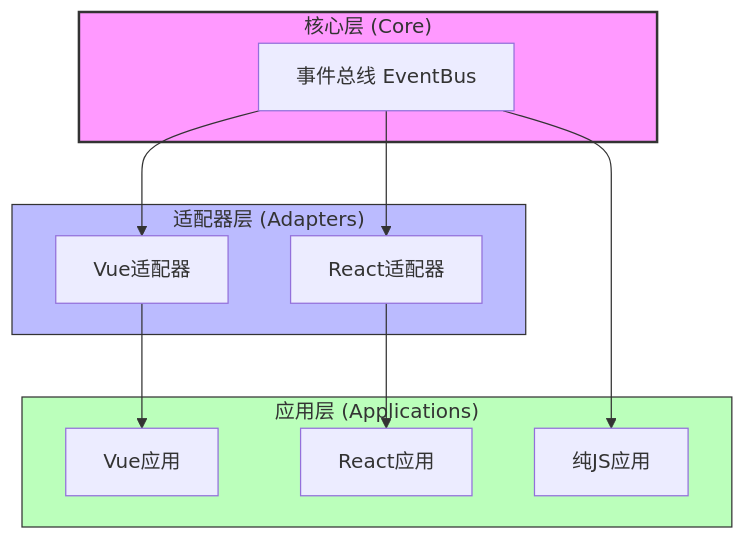
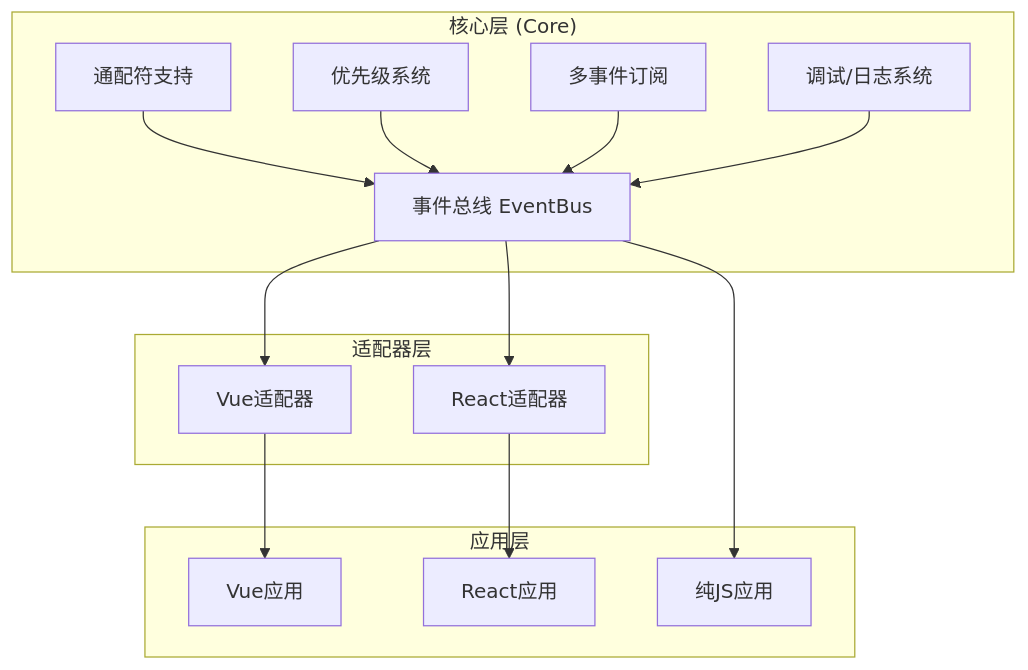
Before and after one commit to XcodeFish/Trame.js: the diagram in README.md, drawn with Mermaid. The commit also changed other lines of this file and 1 other file, not shown here.

````diff
--- a/README.md
+++ b/README.md
@@ -22,32 +26,33 @@
 ```mermaid
 flowchart TB
     subgraph core ["核心层 (Core)"]
         EB["事件总线 EventBus"]
+        WC["通配符支持"]
+        PR["优先级系统"]
+        MC["多事件订阅"]
+        DBG["调试/日志系统"]
     end
 
-    subgraph adapters ["适配器层 (Adapters)"]
+    subgraph adapters ["适配器层"]
         VueAdapter["Vue适配器"]
         ReactAdapter["React适配器"]
     end
 
-    subgraph apps ["应用层 (Applications)"]
+    subgraph apps ["应用层"]
         VueApp["Vue应用"]
         ReactApp["React应用"]
         JSApp["纯JS应用"]
     end
 
     EB --> VueAdapter
     EB --> ReactAdapter
     EB --> JSApp
 
+    WC --> EB
+    PR --> EB
+    MC --> EB
+    DBG --> EB
+
     VueAdapter --> VueApp
     ReactAdapter --> ReactApp
-
-    classDef core fill:#f9f,stroke:#333,stroke-width:2px
-    classDef adapters fill:#bbf,stroke:#333,stroke-width:1px
-    classDef apps fill:#bfb,stroke:#333,stroke-width:1px
-
-    class core core
-    class adapters adapters
-    class apps apps
 ```
````
